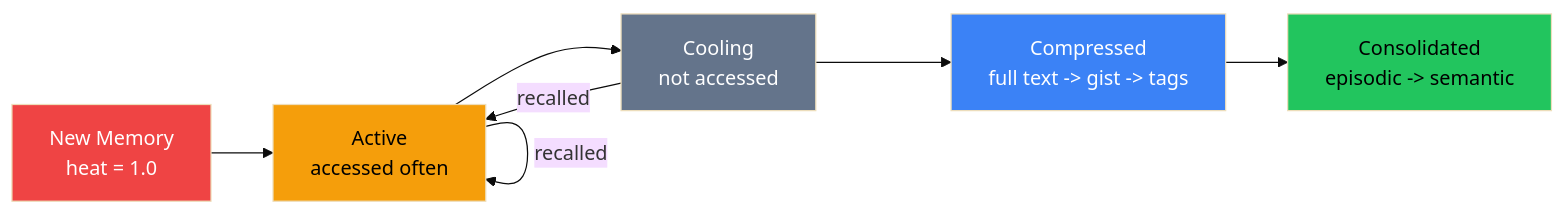
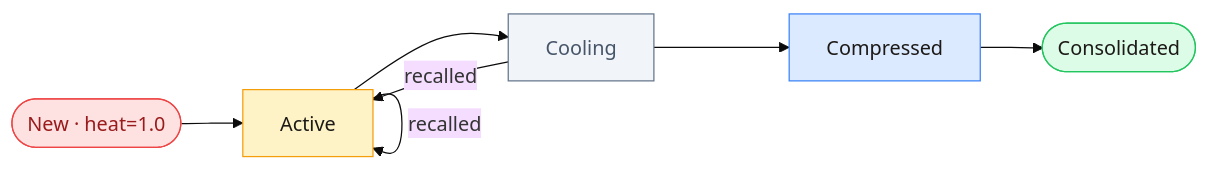
One commit to cdeust/Cortex changed the fourth of 7 diagrams in README.md. Above: the diagram before and after it, drawn with Mermaid (base theme). The commit also changed other lines of this file and 3 other files, not shown here.

First line of the commit message:
docs: update architecture graph and hero images to match current project

````diff
--- a/README.md
+++ b/README.md
@@ -235,15 +244,15 @@
 ```mermaid
 flowchart LR
-    A["New Memory<br/>heat = 1.0"] --> B["Active<br/>accessed often"]
-    B --> C["Cooling<br/>not accessed"]
-    C --> D["Compressed<br/>full text -> gist -> tags"]
-    D --> E["Consolidated<br/>episodic -> semantic"]
-    B -->|"recalled"| B
-    C -->|"recalled"| B
+    A([New · heat=1.0]) --> B[Active]
+    B --> C[Cooling]
+    C --> D[Compressed]
+    D --> E([Consolidated])
+    B -->|recalled| B
+    C -->|recalled| B
 
-    style A fill:#ef4444,color:#fff
-    style B fill:#f59e0b,color:#000
-    style C fill:#64748b,color:#fff
-    style D fill:#3b82f6,color:#fff
-    style E fill:#22c55e,color:#000
+    style A fill:#fee2e2,stroke:#ef4444,color:#991b1b
+    style B fill:#fef3c7,stroke:#f59e0b,color:#1c1917
+    style C fill:#f1f5f9,stroke:#64748b,color:#475569
+    style D fill:#dbeafe,stroke:#3b82f6,color:#1c1917
+    style E fill:#dcfce7,stroke:#22c55e,color:#1c1917
 ```
````
